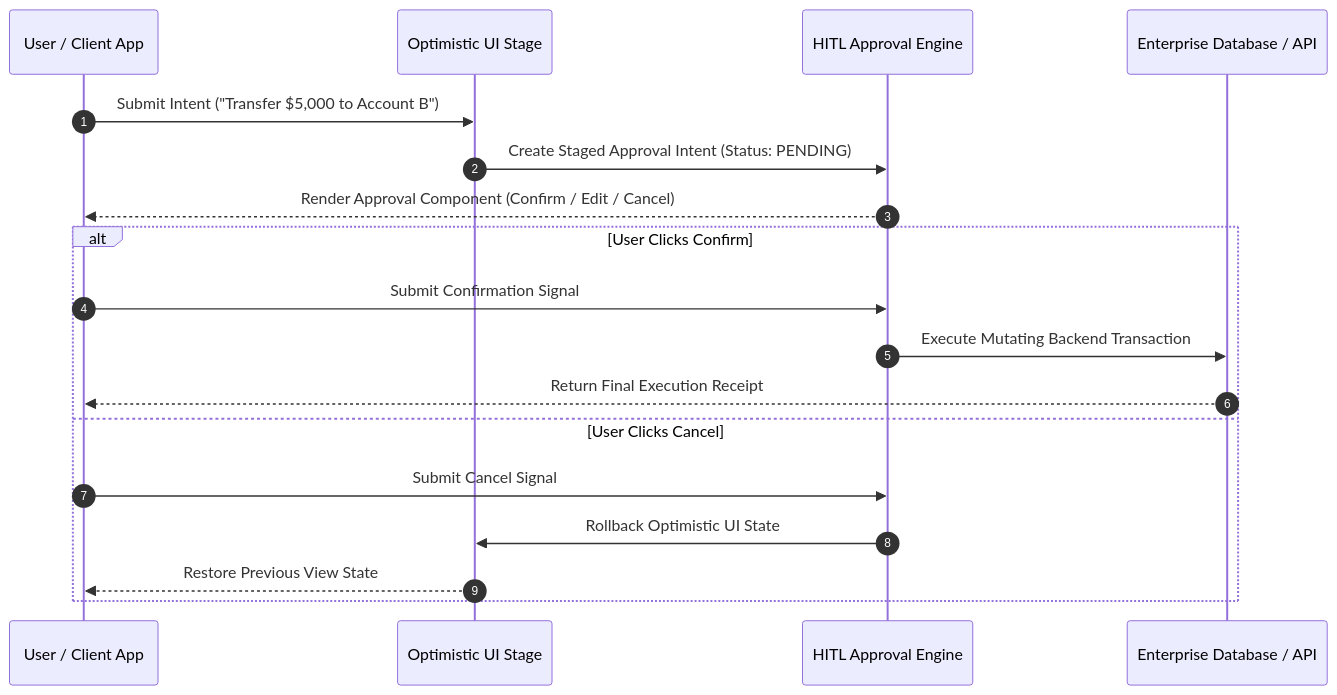
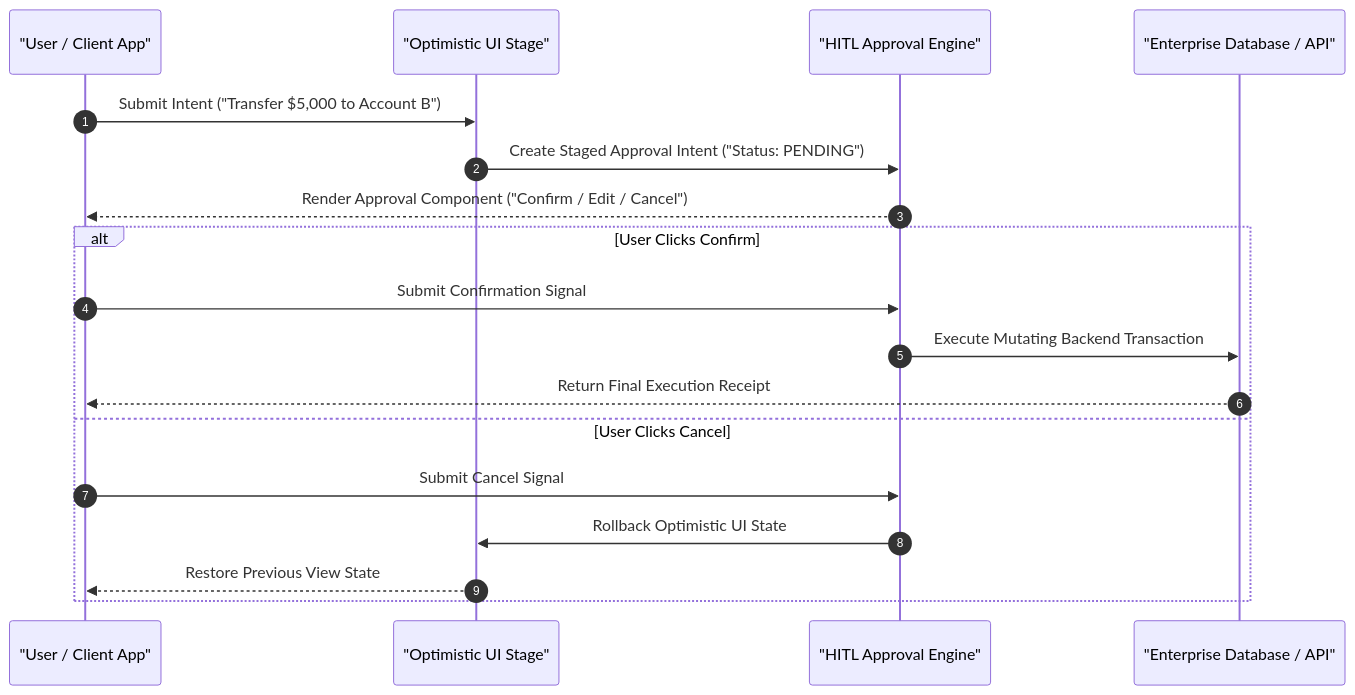
The second of 4 diagrams in content/series/generative-ui-architecture/part-5-human-in-the-loop.md (vesviet/vesviet), drawn with Mermaid before and after one commit. The commit also changed other lines of this file and 331 other files, not shown here.

````diff
--- a/content/series/generative-ui-architecture/part-5-human-in-the-loop.md
+++ b/content/series/generative-ui-architecture/part-5-human-in-the-loop.md
@@ -57,21 +58,21 @@
 ```mermaid
 sequenceDiagram
     autonumber
-    participant User as User / Client App
-    participant Stage as Optimistic UI Stage
-    participant Gate as HITL Approval Engine
-    participant Backend as Enterprise Database / API
+    participant User as "User / Client App"
+    participant Stage as "Optimistic UI Stage"
+    participant Gate as "HITL Approval Engine"
+    participant Backend as "Enterprise Database / API"
 
     User->>Stage: Submit Intent ("Transfer $5,000 to Account B")
-    Stage->>Gate: Create Staged Approval Intent (Status: PENDING)
-    Gate-->>User: Render Approval Component (Confirm / Edit / Cancel)
+    Stage->>Gate: Create Staged Approval Intent ("Status: PENDING")
+    Gate-->>User: Render Approval Component ("Confirm / Edit / Cancel")
     alt User Clicks Confirm
         User->>Gate: Submit Confirmation Signal
         Gate->>Backend: Execute Mutating Backend Transaction
         Backend-->>User: Return Final Execution Receipt
     else User Clicks Cancel
         User->>Gate: Submit Cancel Signal
         Gate->>Stage: Rollback Optimistic UI State
         Stage-->>User: Restore Previous View State
     end
 ```
````
